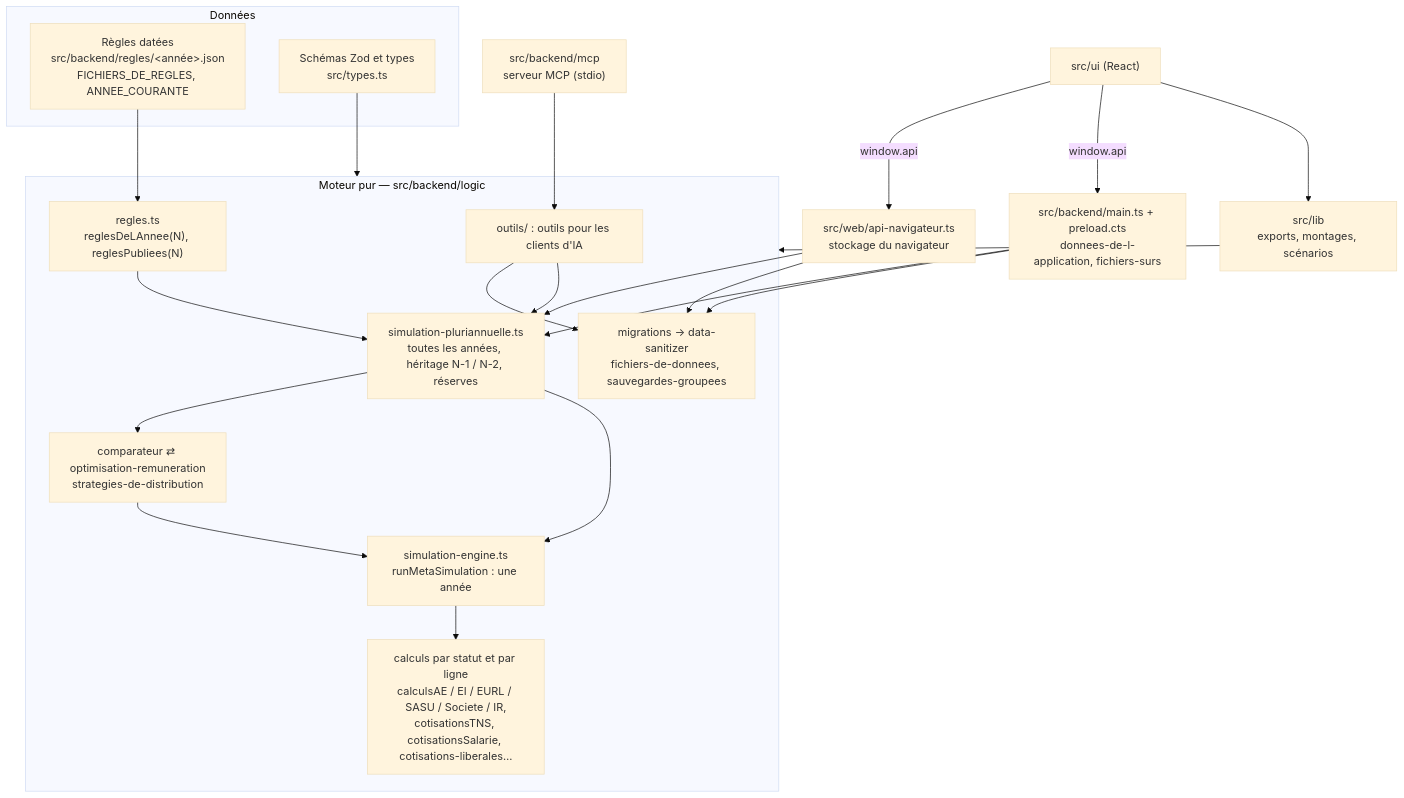
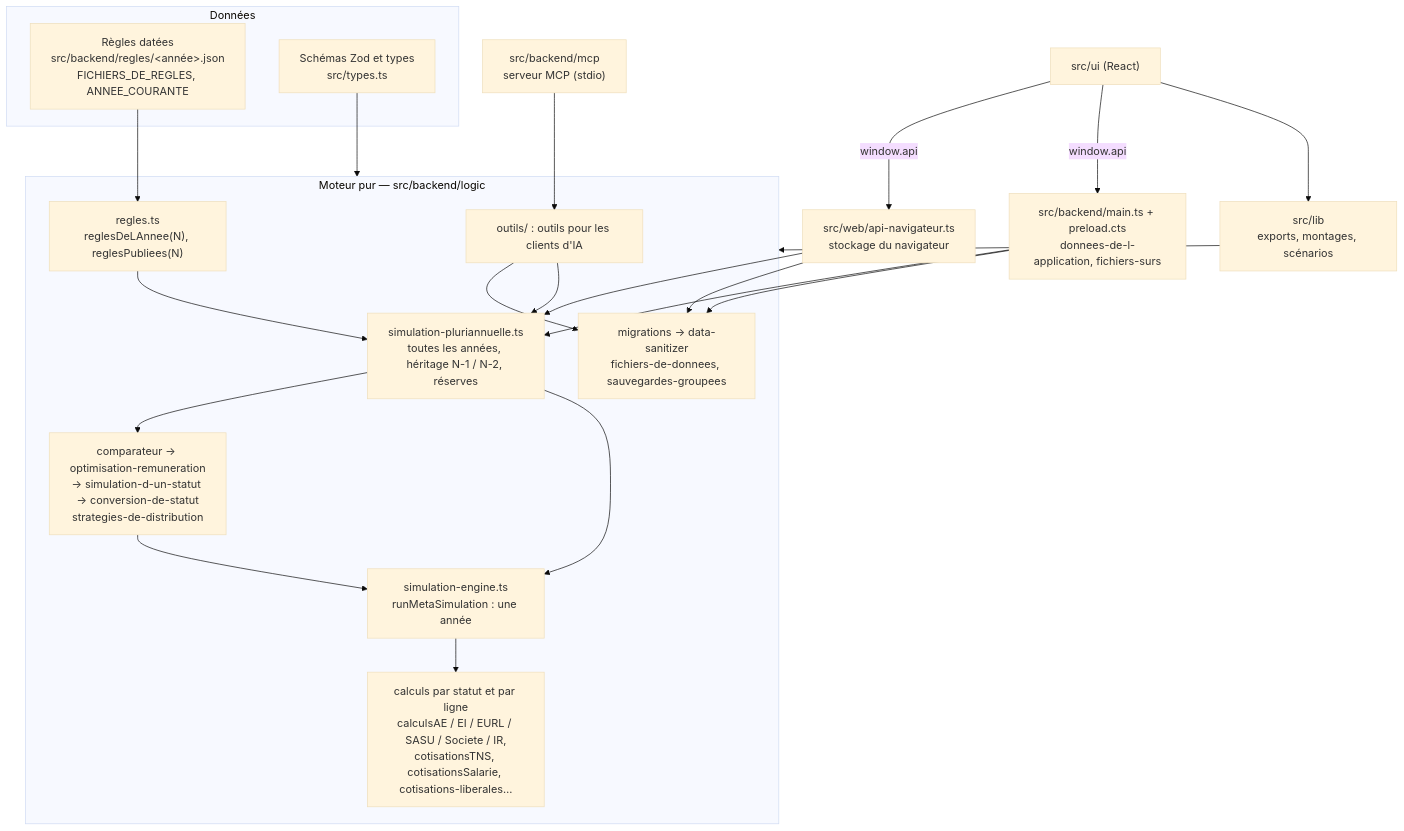
One commit to DamienBecherini/simulateur-independant-fr changed the first of 2 diagrams in documentation/GUIDE_DEVELOPPEUR.md. Above: the diagram before and after it, drawn with Mermaid (base theme). The commit also changed other lines of this file and 14 other files, not shown here.

Commit message:
refactor: Le comparateur est découpé en modules courts (conversion de statut, frais de fonctionnement, colonne, simulation d'un statut) qui se passent une colonne étudiée ; plus de cycle entre le comparateur et l'optimiseur, et la simulation des années ne dépend plus du comparateur

````diff
--- a/documentation/GUIDE_DEVELOPPEUR.md
+++ b/documentation/GUIDE_DEVELOPPEUR.md
@@ -105,36 +105,36 @@
 ```mermaid
 flowchart TD
   subgraph Donnees["Données"]
     REGLES["Règles datées<br/>src/backend/regles/&lt;année&gt;.json<br/>FICHIERS_DE_REGLES, ANNEE_COURANTE"]
     TYPES["Schémas Zod et types<br/>src/types.ts"]
   end
   subgraph Moteur["Moteur pur — src/backend/logic"]
     PERS["migrations → data-sanitizer<br/>fichiers-de-donnees, sauvegardes-groupees"]
     R["regles.ts<br/>reglesDeLAnnee(N), reglesPubliees(N)"]
     PLURI["simulation-pluriannuelle.ts<br/>toutes les années, héritage N-1 / N-2, réserves"]
     ENG["simulation-engine.ts<br/>runMetaSimulation : une année"]
     CALC["calculs par statut et par ligne<br/>calculsAE / EI / EURL / SASU / Societe / IR,<br/>cotisationsTNS, cotisationsSalarie, cotisations-liberales…"]
-    COMP["comparateur ⇄ optimisation-remuneration<br/>strategies-de-distribution"]
+    COMP["comparateur → optimisation-remuneration<br/>→ simulation-d-un-statut → conversion-de-statut<br/>strategies-de-distribution"]
     OUT["outils/ : outils pour les clients d'IA"]
   end
   MCP["src/backend/mcp<br/>serveur MCP (stdio)"]
   MAIN["src/backend/main.ts + preload.cts<br/>donnees-de-l-application, fichiers-surs"]
   WEB["src/web/api-navigateur.ts<br/>stockage du navigateur"]
   LIB["src/lib<br/>exports, montages, scénarios"]
   UI["src/ui (React)"]
 
   TYPES --> Moteur
   REGLES --> R --> PLURI --> ENG --> CALC
   PLURI --> COMP --> ENG
   OUT --> PLURI
   OUT --> PERS
   MCP --> OUT
   MAIN --> PERS
   MAIN --> PLURI
   WEB --> PERS
   WEB --> PLURI
   LIB --> Moteur
   UI --> LIB
   UI -->|window.api| MAIN
   UI -->|window.api| WEB
 ```
````
